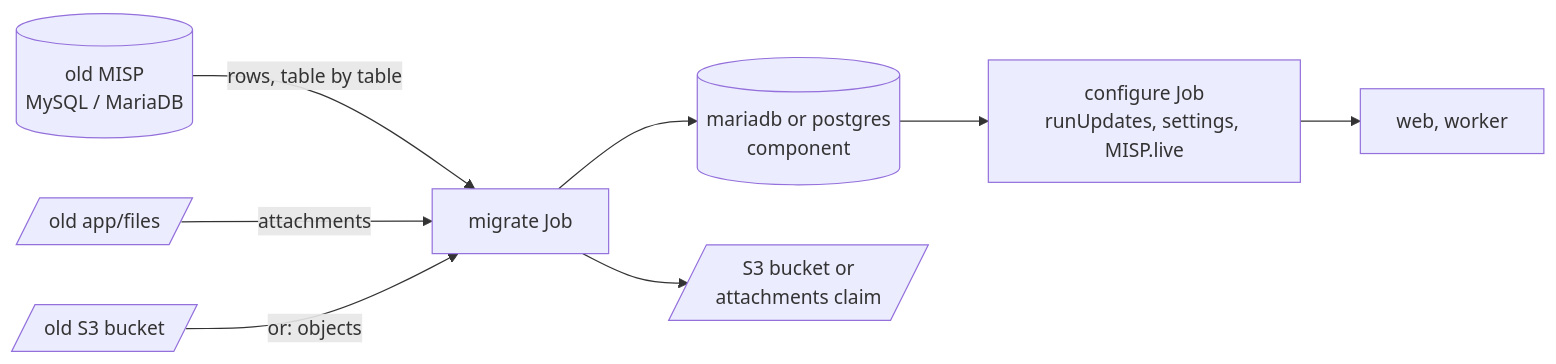
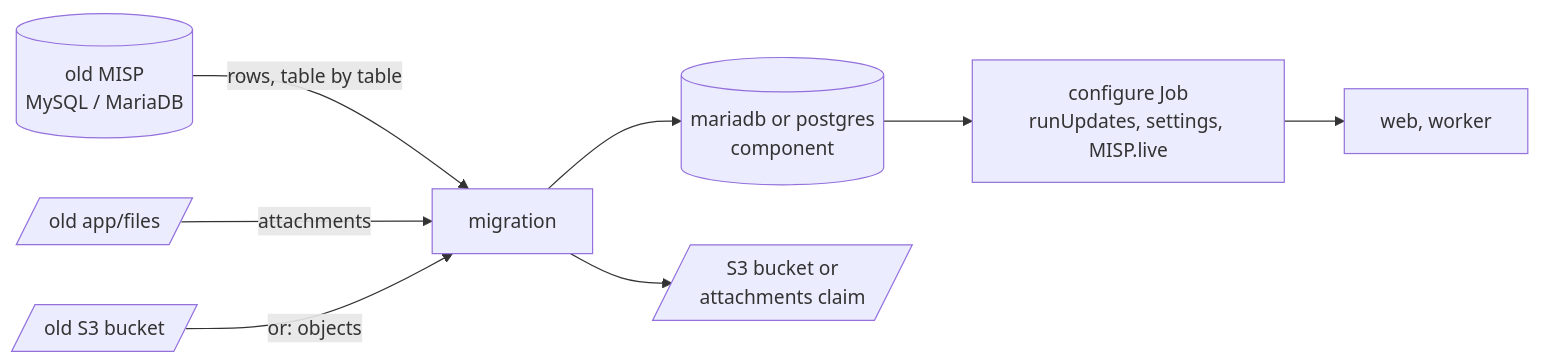
The diagram in docs/migration.md (oivindoh/misp-container), drawn with Mermaid before and after one commit. The commit also changed other lines of this file and 112 other files, not shown here.

Commit message:
replace the kustomize base and components with a helm chart that each release publishes, so one chart version pins the manifests, the components and the image tag

````diff
--- a/docs/migration.md
+++ b/docs/migration.md
@@ -25,10 +27,10 @@
 ```mermaid
 flowchart LR
-    S[(old MISP<br/>MySQL / MariaDB)] -->|rows, table by table| J[migrate Job]
+    S[(old MISP<br/>MySQL / MariaDB)] -->|rows, table by table| J[migration]
     F[/old app/files/] -->|attachments| J
     B[/old S3 bucket/] -->|or: objects| J
     J --> T[(mariadb or postgres<br/>component)]
     J --> A[/S3 bucket or<br/>attachments claim/]
     T --> C[configure Job<br/>runUpdates, settings, MISP.live]
     C --> W[web, worker]
 ```
````
